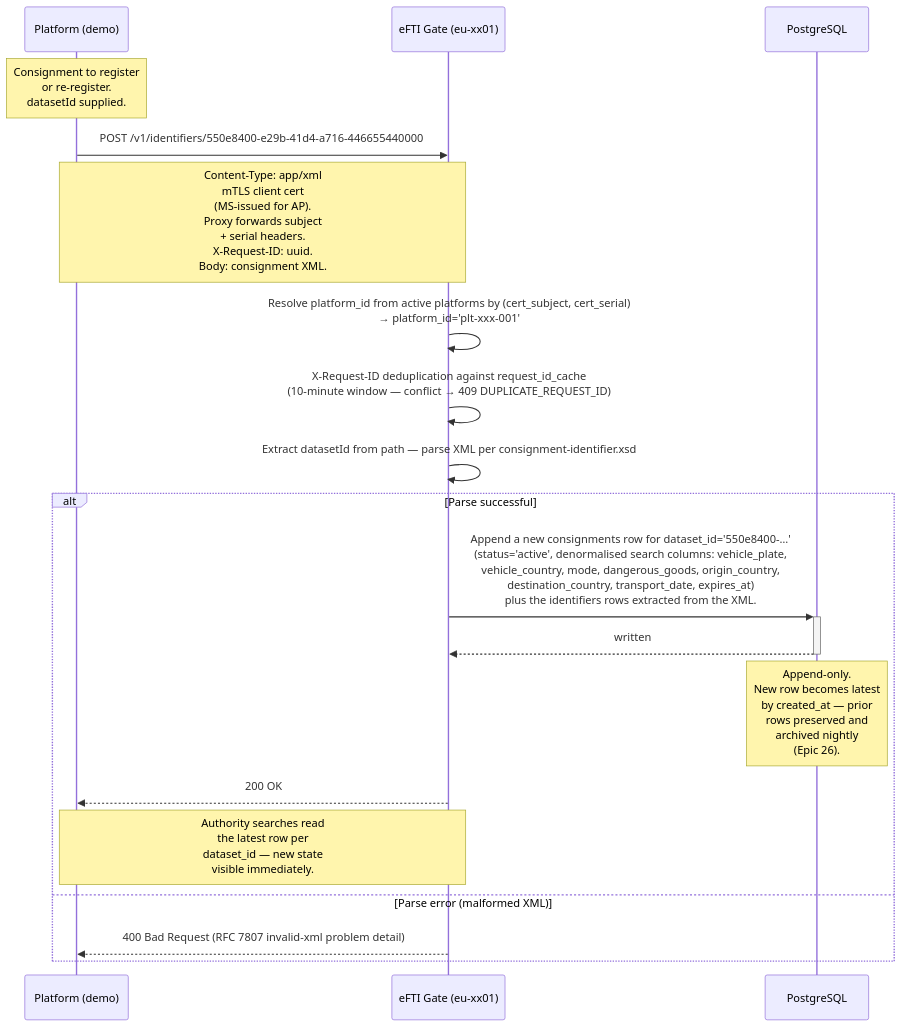
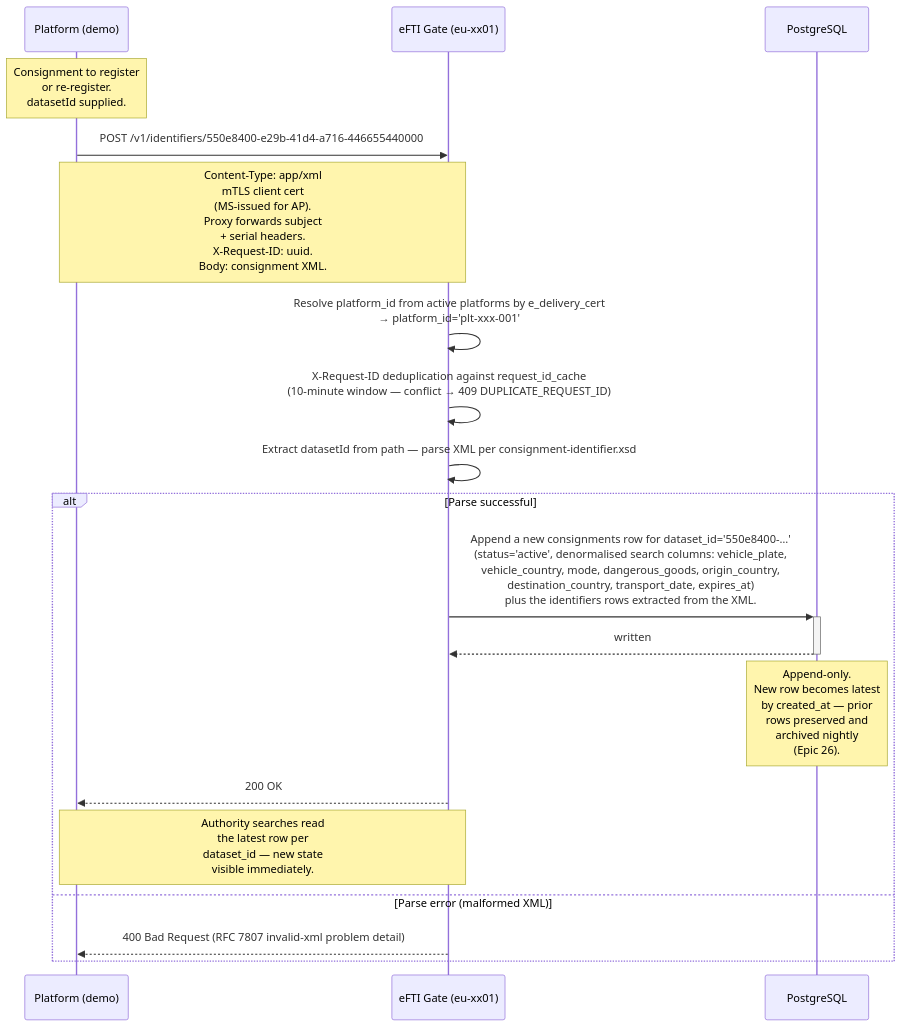
Before and after one commit to kemit-ee/efti-gate-ee: the diagram in docs/specs/diagrams/seq-07-dataset-upload.mmd, drawn with Mermaid. The commit also changed 34 other files, not shown here.

First line of the commit message:
remove cert subject and cert serial values from the platform entity

```diff
--- a/docs/specs/diagrams/seq-07-dataset-upload.mmd
+++ b/docs/specs/diagrams/seq-07-dataset-upload.mmd
@@ -1,25 +1,25 @@
 sequenceDiagram
     participant Platform as Platform (demo)
     participant Gate as eFTI Gate (eu-xx01)
     participant DB as PostgreSQL
 
     Note over Platform: Consignment to register<br/>or re-register.<br/>datasetId supplied.
 
     Platform->>Gate: POST /v1/identifiers/550e8400-e29b-41d4-a716-446655440000
     Note over Platform,Gate: Content-Type: app/xml<br/>mTLS client cert<br/>(MS-issued for AP).<br/>Proxy forwards subject<br/>+ serial headers.<br/>X-Request-ID: uuid.<br/>Body: consignment XML.
 
-    Gate->>Gate: Resolve platform_id from active platforms by (cert_subject, cert_serial)<br/>→ platform_id='plt-xxx-001'
+    Gate->>Gate: Resolve platform_id from active platforms by e_delivery_cert<br/>→ platform_id='plt-xxx-001'
     Gate->>Gate: X-Request-ID deduplication against request_id_cache<br/>(10-minute window — conflict → 409 DUPLICATE_REQUEST_ID)
     Gate->>Gate: Extract datasetId from path — parse XML per consignment-identifier.xsd
 
     alt Parse successful
         Gate->>+DB: Append a new consignments row for dataset_id='550e8400-…'<br/>(status='active', denormalised search columns: vehicle_plate,<br/>vehicle_country, mode, dangerous_goods, origin_country,<br/>destination_country, transport_date, expires_at)<br/>plus the identifiers rows extracted from the XML.
         DB-->>-Gate: written
         Note over DB: Append-only.<br/>New row becomes latest<br/>by created_at — prior<br/>rows preserved and<br/>archived nightly<br/>(Epic 26).
 
         Gate-->>Platform: 200 OK
         Note over Gate,Platform: Authority searches read<br/>the latest row per<br/>dataset_id — new state<br/>visible immediately.
 
     else Parse error (malformed XML)
         Gate-->>Platform: 400 Bad Request (RFC 7807 invalid-xml problem detail)
     end
```
